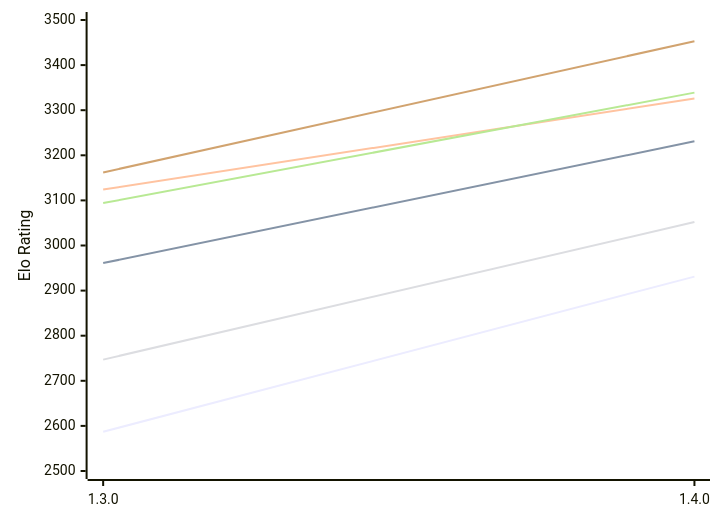
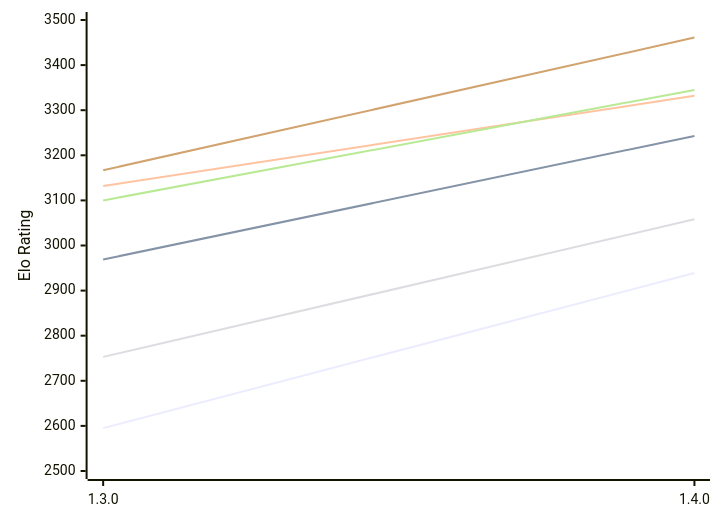
The first of 2 diagrams in engines/Ember.md (computer-chess-index/cci), drawn with Mermaid before and after one commit. The commit also changed other lines of this file, not shown here.

Commit message:
Update CCI Ratings (ELO VLTC) - 2026-11-03

````diff
--- a/engines/Ember.md
+++ b/engines/Ember.md
@@ -51,12 +51,12 @@
 ```mermaid
 %%{init: {"theme":"base","themeVariables":{"seriesColors:['#a3a3a3','#222221','#faa371']}}}%%
 xychart-beta
   x-axis ["1.3.0", "1.4.0"]
   y-axis "Elo Rating" 2500 --> 3500
-  line "E1: STC (8.0+0.08s)" [2587, 2931]
-  line "E1: LTC (60.0+0.60s)" [2961, 3231]
-  line "E1: VLTC (2m24s+1.12s)" [3124, 3326]
-  line "P1: STC (8.0+0.08s)" [2747, 3052]
-  line "P1: LTC (60.0+0.60s)" [3094, 3339]
-  line "P1: VLTC (2m24s+1.12s)" [3162, 3453]
+  line "E1: STC (8.0+0.08s)" [2595, 2939]
+  line "E1: LTC (60.0+0.60s)" [2969, 3243]
+  line "E1: VLTC (2m24s+1.12s)" [3132, 3332]
+  line "P1: STC (8.0+0.08s)" [2753, 3058]
+  line "P1: LTC (60.0+0.60s)" [3100, 3345]
+  line "P1: VLTC (2m24s+1.12s)" [3167, 3461]
 ```
````
